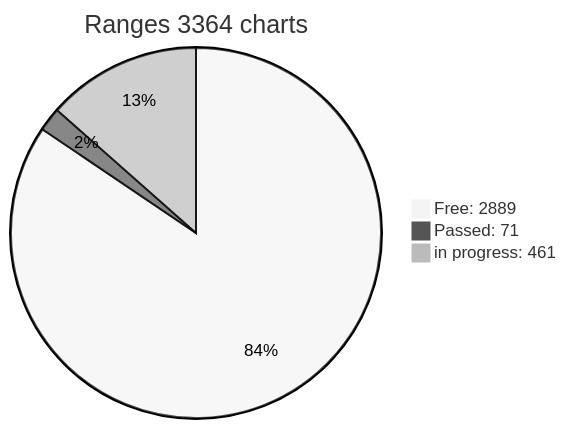
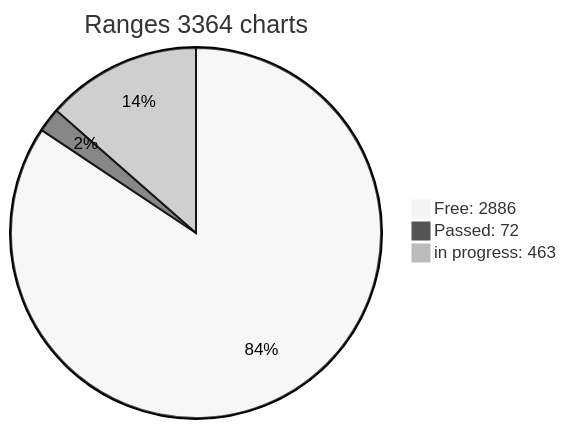
Before and after one commit to phrutis/wif500: the diagram in x64/Release/table.md, drawn with Mermaid (neutral theme). The commit also changed other lines of this file, not shown here.

````diff
--- a/x64/Release/table.md
+++ b/x64/Release/table.md
@@ -3,6 +3,6 @@
 ```mermaid
 pie title Ranges 3364 charts
-"Free: 2889" : 2889
-"Passed: 71" : 71
-"in progress: 461" : 461
+"Free: 2886" : 2886
+"Passed: 72" : 72
+"in progress: 463" : 463
 ``` 
````
